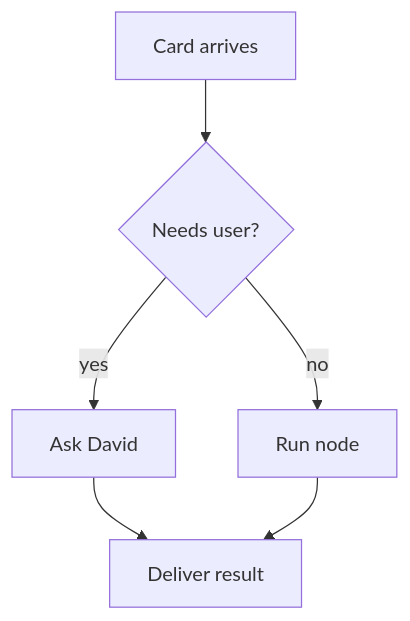
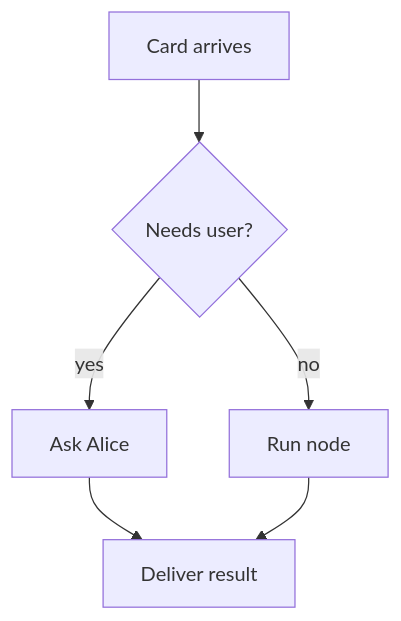
Before and after one commit to bitomule/alondra: the diagram in fixtures/markdown/mermaid_flowchart.md, drawn with Mermaid. The commit also changed 228 other files, not shown here.

````diff
--- a/fixtures/markdown/mermaid_flowchart.md
+++ b/fixtures/markdown/mermaid_flowchart.md
@@ -5,8 +5,8 @@
 ```mermaid
 flowchart TD
   A[Card arrives] --> B{Needs user?}
-  B -->|yes| C[Ask David]
+  B -->|yes| C[Ask Alice]
   B -->|no| D[Run node]
   C --> E[Deliver result]
   D --> E
 ```
````
